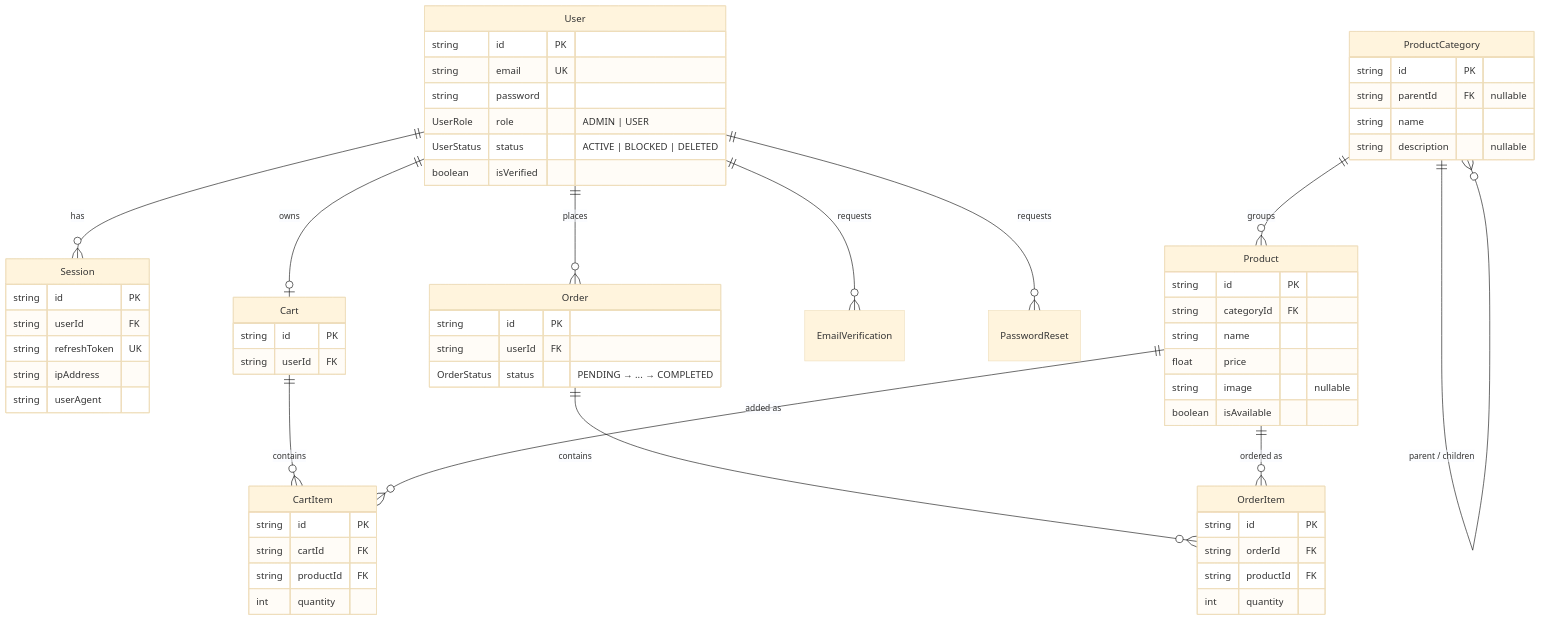
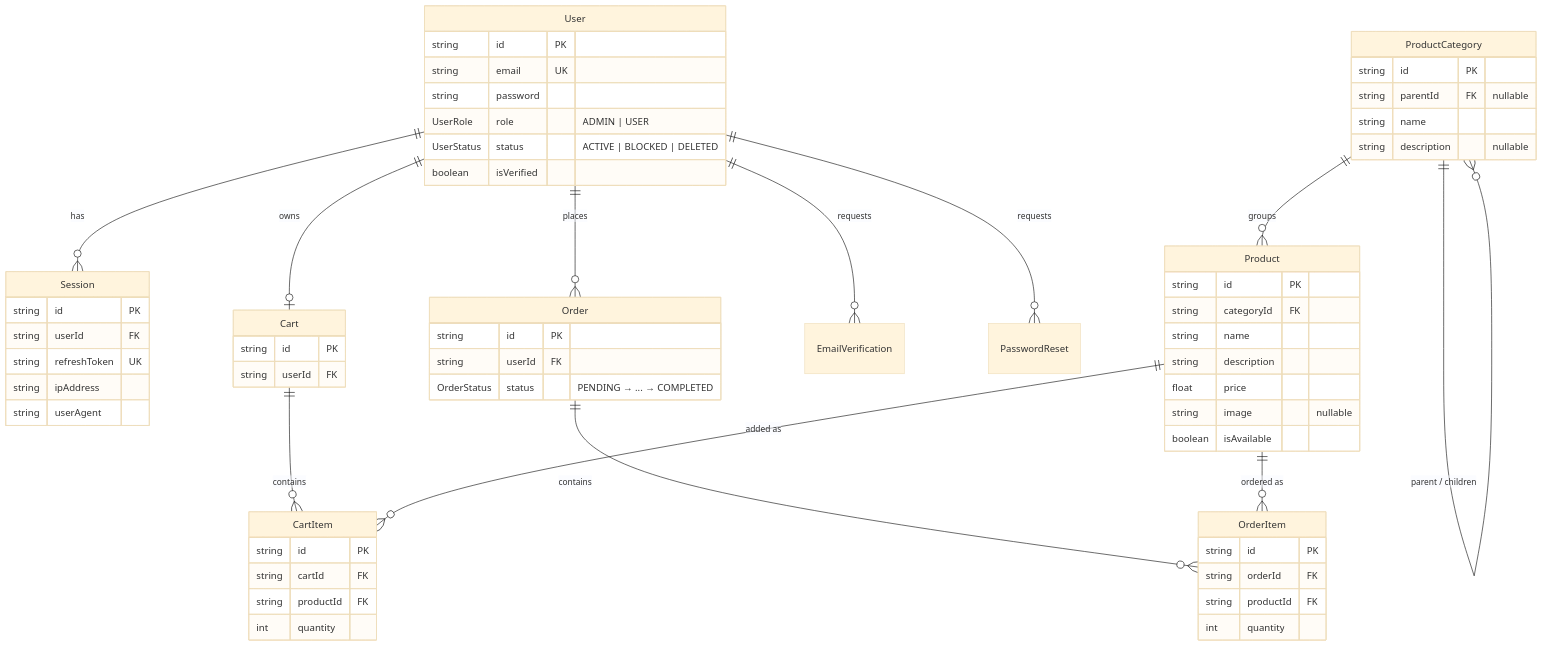
The second of 2 diagrams in README.md (bohdan-tsekhmeistruk/backend-restaurant-crm), drawn with Mermaid (base theme) before and after one commit. The commit also changed other lines of this file and 5 other files, not shown here.

````diff
--- a/README.md
+++ b/README.md
@@ -305,65 +455,66 @@
 ```mermaid
 erDiagram
     User ||--o{ Session : has
     User ||--o| Cart : owns
     User ||--o{ Order : places
     User ||--o{ EmailVerification : requests
     User ||--o{ PasswordReset : requests
     Cart ||--o{ CartItem : contains
     Order ||--o{ OrderItem : contains
     ProductCategory ||--o{ ProductCategory : "parent / children"
     ProductCategory ||--o{ Product : groups
     Product ||--o{ CartItem : "added as"
     Product ||--o{ OrderItem : "ordered as"
 
     User {
         string id PK
         string email UK
         string password
         UserRole role "ADMIN | USER"
         UserStatus status "ACTIVE | BLOCKED | DELETED"
         boolean isVerified
     }
     Session {
         string id PK
         string userId FK
         string refreshToken UK
         string ipAddress
         string userAgent
     }
     ProductCategory {
         string id PK
         string parentId FK "nullable"
         string name
         string description "nullable"
     }
     Product {
         string id PK
         string categoryId FK
         string name
+        string description
         float price
         string image "nullable"
         boolean isAvailable
     }
     Cart {
         string id PK
         string userId FK
     }
     CartItem {
         string id PK
         string cartId FK
         string productId FK
         int quantity
     }
     Order {
         string id PK
         string userId FK
         OrderStatus status "PENDING → ... → COMPLETED"
     }
     OrderItem {
         string id PK
         string orderId FK
         string productId FK
         int quantity
     }
 ```
````
